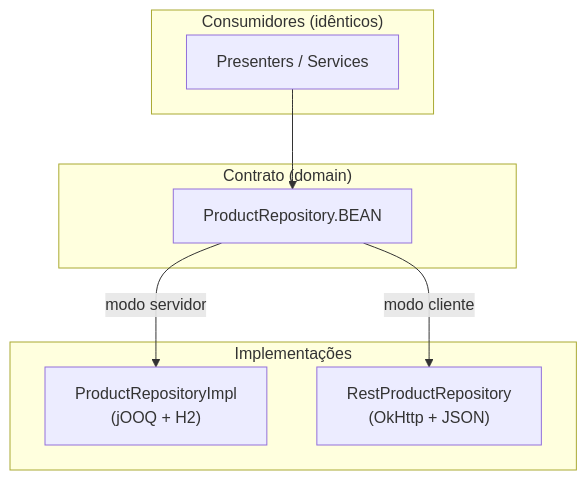
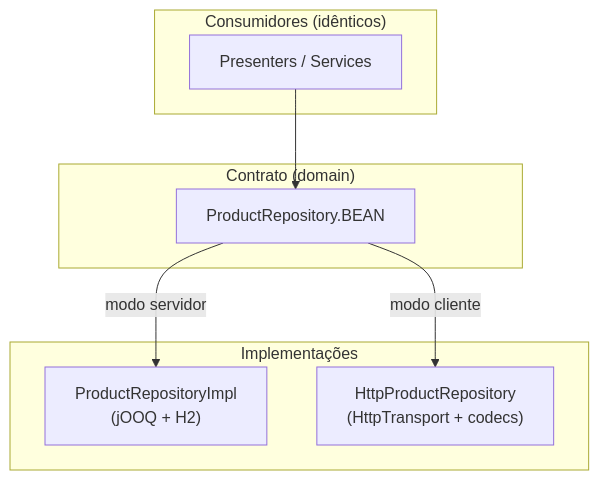
The first of 5 diagrams in docs/camada-de-dados.md (mrcdom/wdc-cube-java-v2), drawn with Mermaid before and after one commit. The commit also changed other lines of this file, not shown here.

````diff
--- a/docs/camada-de-dados.md
+++ b/docs/camada-de-dados.md
@@ -40,19 +40,19 @@
 ```mermaid
 graph TD
     subgraph Consumers["Consumidores (idênticos)"]
         P["Presenters / Services"]
     end
 
     subgraph Contract["Contrato (domain)"]
         R["ProductRepository.BEAN"]
     end
 
     subgraph Impl["Implementações"]
         DB["ProductRepositoryImpl<br/>(jOOQ + H2)"]
-        HTTP["RestProductRepository<br/>(OkHttp + JSON)"]
+        HTTP["HttpProductRepository<br/>(HttpTransport + codecs)"]
     end
 
     P --> R
     R -->|"modo servidor"| DB
     R -->|"modo cliente"| HTTP
 ```
````
